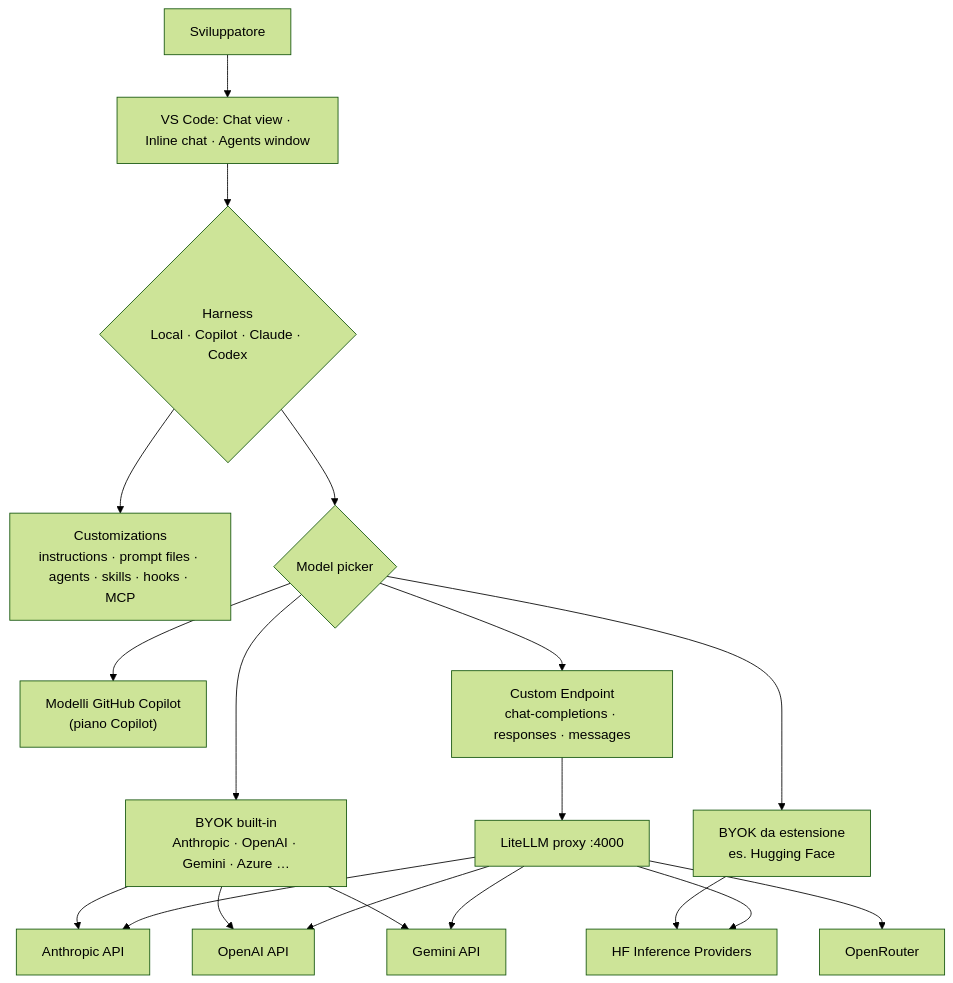
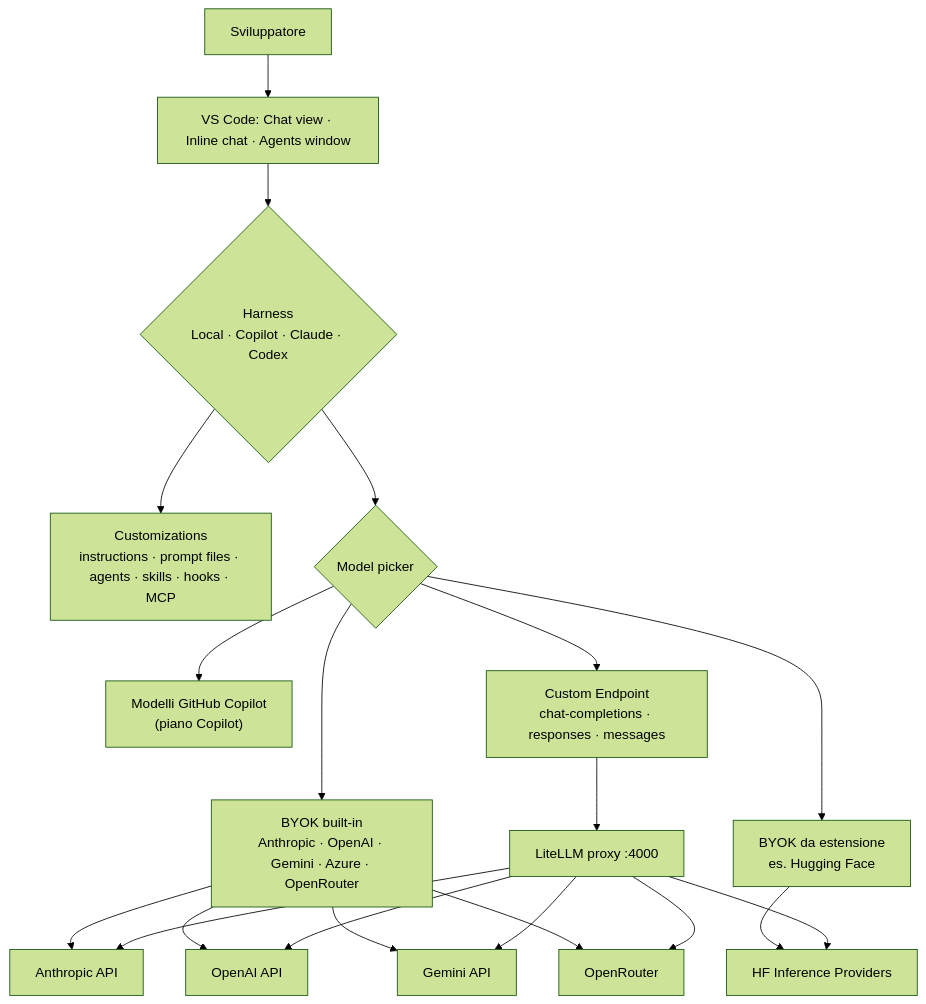
Before and after one commit to giulianolatini/WPC2026: the first of 2 diagrams in docs/02-Configurazione-Copilot.md, drawn with Mermaid (forest theme). The commit also changed other lines of this file, not shown here.

````diff
--- a/docs/02-Configurazione-Copilot.md
+++ b/docs/02-Configurazione-Copilot.md
@@ -45,19 +54,19 @@
 ```mermaid
 flowchart TB
   U[Sviluppatore] --> UI["VS Code: Chat view · Inline chat · Agents window"]
   UI --> H{"Harness<br/>Local · Copilot · Claude · Codex"}
   H --> C["Customizations<br/>instructions · prompt files · agents · skills · hooks · MCP"]
   H --> M{"Model picker"}
   M --> G["Modelli GitHub Copilot<br/>(piano Copilot)"]
-  M --> B["BYOK built-in<br/>Anthropic · OpenAI · Gemini · Azure …"]
+  M --> B["BYOK built-in<br/>Anthropic · OpenAI · Gemini · Azure · OpenRouter"]
   M --> E["BYOK da estensione<br/>es. Hugging Face"]
   M --> X["Custom Endpoint<br/>chat-completions · responses · messages"]
   X --> L["LiteLLM proxy :4000"]
   L --> P1[Anthropic API]
   L --> P2[OpenAI API]
   L --> P3[Gemini API]
   L --> P4[OpenRouter]
   L --> P5[HF Inference Providers]
-  B --> P1 & P2 & P3
+  B --> P1 & P2 & P3 & P4
   E --> P5
 ```
````
